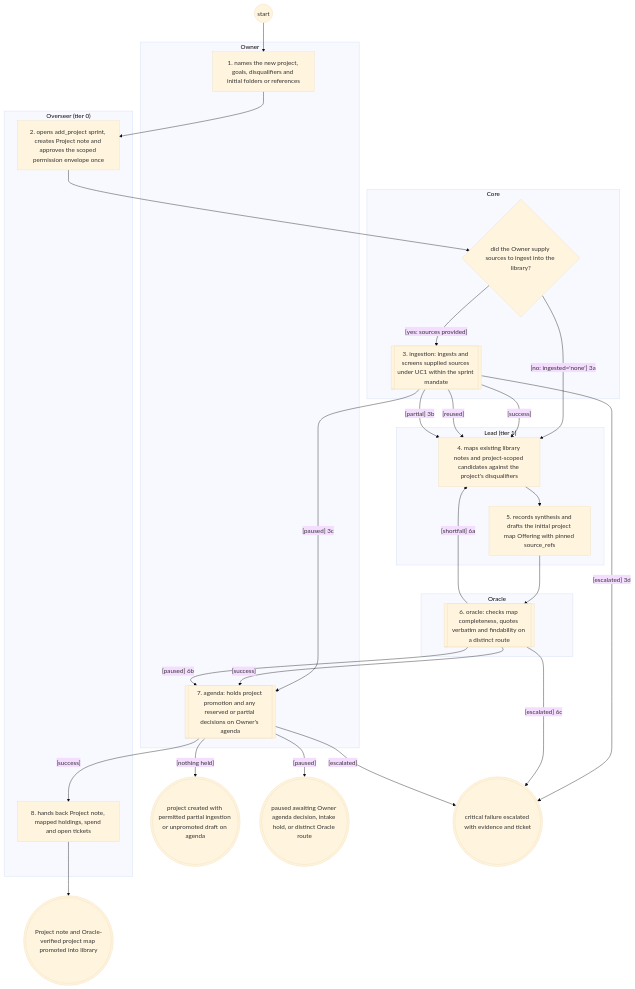
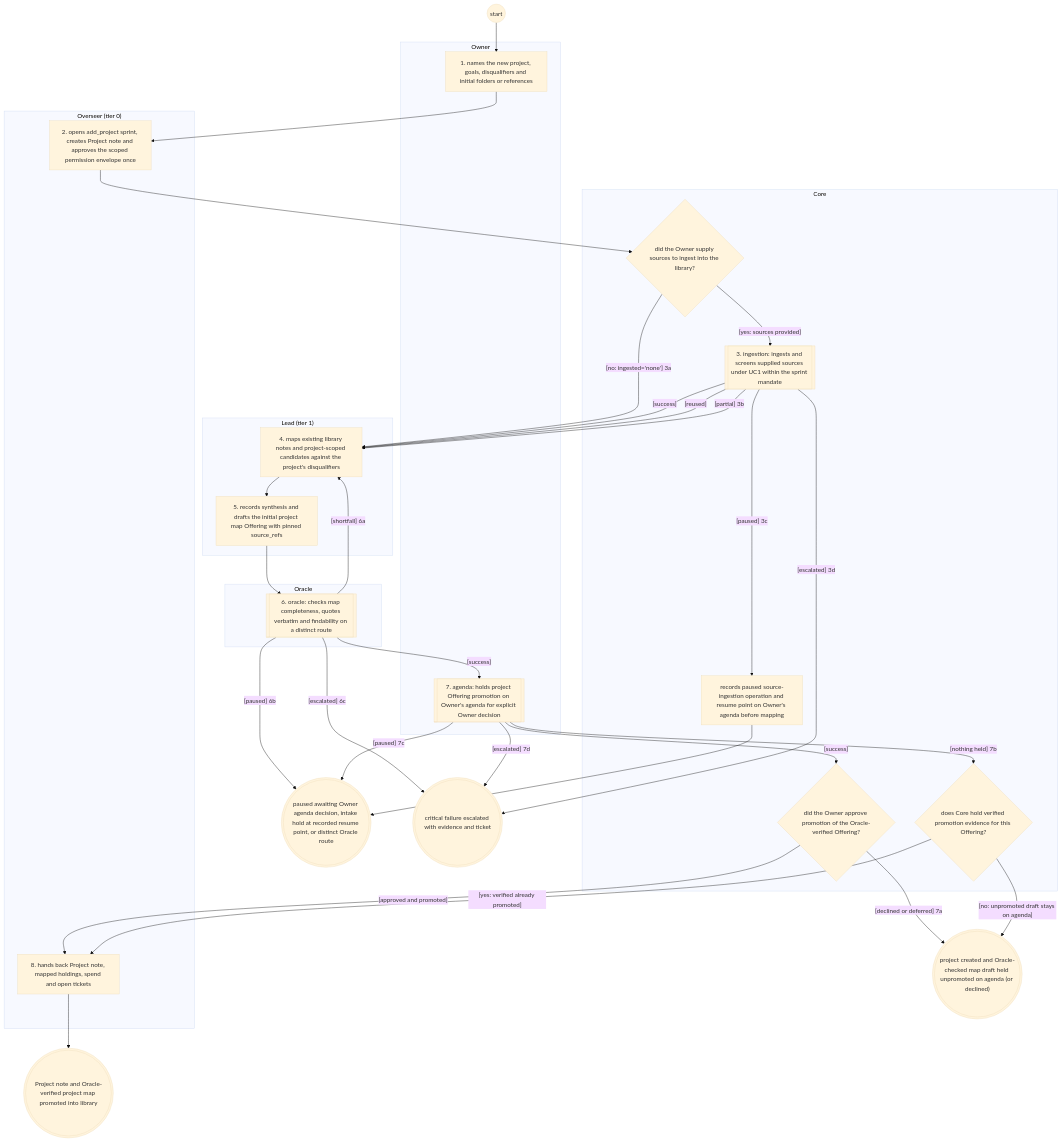
The diagram in reports/2026-11-25-systems-analysis-finalisation/librarian/to-be/views/add-project.views.md (Jake36999/Librarian_V2), drawn with Mermaid (base theme) before and after one commit. The commit also changed other lines of this file and 35 other files, not shown here.

Commit message:
docs(brief5,brief2): fix UC10-UC16 Oracle/resume semantics and qualify repo adoption

````diff
--- a/reports/2026-11-25-systems-analysis-finalisation/librarian/to-be/views/add-project.views.md
+++ b/reports/2026-11-25-systems-analysis-finalisation/librarian/to-be/views/add-project.views.md
@@ -63,49 +79,57 @@
 ```mermaid
 flowchart TD
   subgraph Owner["Owner"]
     ask["1. names the new project, goals, disqualifiers and initial folders or references"]
-    ref_agenda[["7. agenda: holds project promotion and any reserved or partial decisions on Owner's agenda"]]
+    ref_agenda[["7. agenda: holds project Offering promotion on Owner's agenda for explicit Owner decision"]]
   end
   subgraph Overseer_tier_0_["Overseer (tier 0)"]
     frame["2. opens add_project sprint, creates Project note and approves the scoped permission envelope once"]
     handover["8. hands back Project note, mapped holdings, spend and open tickets"]
   end
   subgraph Lead_tier_1_["Lead (tier 1)"]
     map["4. maps existing library notes and project-scoped candidates against the project's disqualifiers"]
     synth["5. records synthesis and drafts the initial project map Offering with pinned source_refs"]
   end
   subgraph Oracle["Oracle"]
     ref_oracle[["6. oracle: checks map completeness, quotes verbatim and findability on a distinct route"]]
   end
   subgraph Core["Core"]
     dsources{"did the Owner supply sources to ingest into the library?"}
     ref_ingest[["3. ingestion: ingests and screens supplied sources under UC1 within the sprint mandate"]]
+    hold_ingest["records paused source-ingestion operation and resume point on Owner's agenda before mapping"]
+    dpromote{"did the Owner approve promotion of the Oracle-verified Offering?"}
+    dprom_ev{"does Core hold verified promotion evidence for this Offering?"}
   end
   s(("start"))
   e1((("Project note and Oracle-verified project map promoted into library")))
-  e_partial((("project created with permitted partial ingestion or unpromoted draft on agenda")))
-  e_paused((("paused awaiting Owner agenda decision, intake hold, or distinct Oracle route")))
+  e_partial((("project created and Oracle-checked map draft held unpromoted on agenda (or declined)")))
+  e_paused((("paused awaiting Owner agenda decision, intake hold at recorded resume point, or distinct Oracle route")))
   e_escalated((("critical failure escalated with evidence and ticket")))
   s --> ask
   ask --> frame
   frame --> dsources
   dsources -->|"[yes: sources provided]"| ref_ingest
   dsources -->|"[no: ingested='none'] 3a"| map
   ref_ingest -->|"[success]"| map
   ref_ingest -->|"[reused]"| map
   ref_ingest -->|"[partial] 3b"| map
-  ref_ingest -->|"[paused] 3c"| ref_agenda
+  ref_ingest -->|"[paused] 3c"| hold_ingest
+  hold_ingest --> e_paused
   ref_ingest -->|"[escalated] 3d"| e_escalated
   map --> synth
   synth --> ref_oracle
   ref_oracle -->|"[success]"| ref_agenda
   ref_oracle -->|"[shortfall] 6a"| map
-  ref_oracle -->|"[paused] 6b"| ref_agenda
+  ref_oracle -->|"[paused] 6b"| e_paused
   ref_oracle -->|"[escalated] 6c"| e_escalated
-  ref_agenda -->|"[success]"| handover
-  ref_agenda -->|"[nothing held]"| e_partial
-  ref_agenda -->|"[paused]"| e_paused
-  ref_agenda -->|"[escalated]"| e_escalated
+  ref_agenda -->|"[success]"| dpromote
+  dpromote -->|"[approved and promoted]"| handover
+  dpromote -->|"[declined or deferred] 7a"| e_partial
+  ref_agenda -->|"[nothing held] 7b"| dprom_ev
+  dprom_ev -->|"[yes: verified already promoted]"| handover
+  dprom_ev -->|"[no: unpromoted draft stays on agenda]"| e_partial
+  ref_agenda -->|"[paused] 7c"| e_paused
+  ref_agenda -->|"[escalated] 7d"| e_escalated
   handover --> e1
   classDef ext stroke:#d9534f,stroke-width:2px
 ```
````
